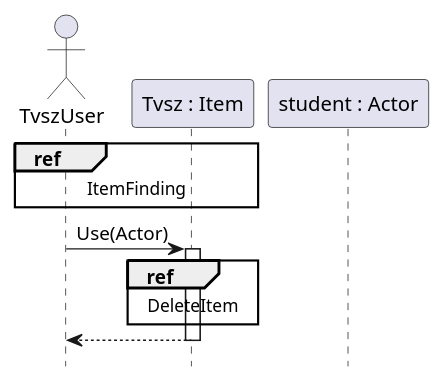
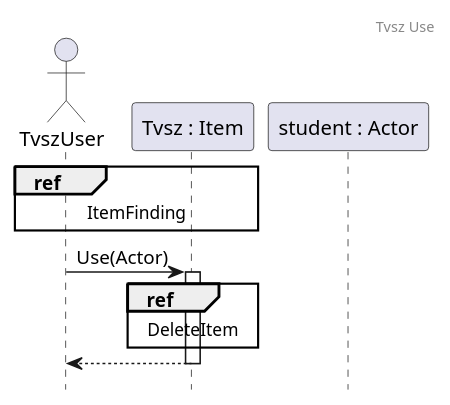
The diagram in docs/sequence/TvszUse.puml (Kristof-me/Logarlec), drawn with PlantUML before and after one commit. The commit also changed 3 other files, not shown here.

Commit message:
Update sequence diagrams

```diff
--- a/docs/sequence/TvszUse.puml
+++ b/docs/sequence/TvszUse.puml
@@ -1,14 +1,15 @@
-@startuml
+@startuml TvszUse
+header Tvsz Use
 hide footbox
 
 ' might be vise to rename this xd
 actor Actor_ as "TvszUser"
 participant Item as "Tvsz : Item"
 participant Actor as "student : Actor"
 ref over Actor_, Item: ItemFinding
 
 Actor_ -> Item++: Use(Actor)
 ref over Item: DeleteItem
 return
 
 @enduml
```
